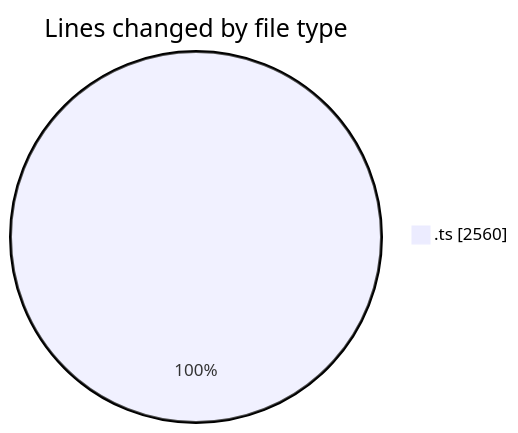
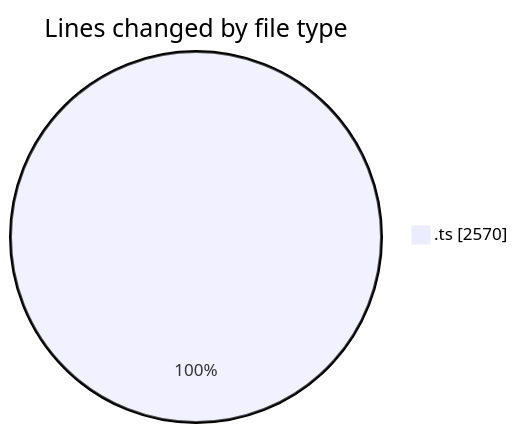
Before and after one commit to momahboobian/code-tracking: the first of 2 diagrams in 2025-06-27/cda/README.md, drawn with Mermaid. The commit also changed other lines of this file and 1 other file, not shown here.

````diff
--- a/2025-06-27/cda/README.md
+++ b/2025-06-27/cda/README.md
@@ -25,5 +25,5 @@
 ```mermaid
 pie showData
 title Lines changed by file type
-".ts" : 2560
+".ts" : 2570
 ```
````
